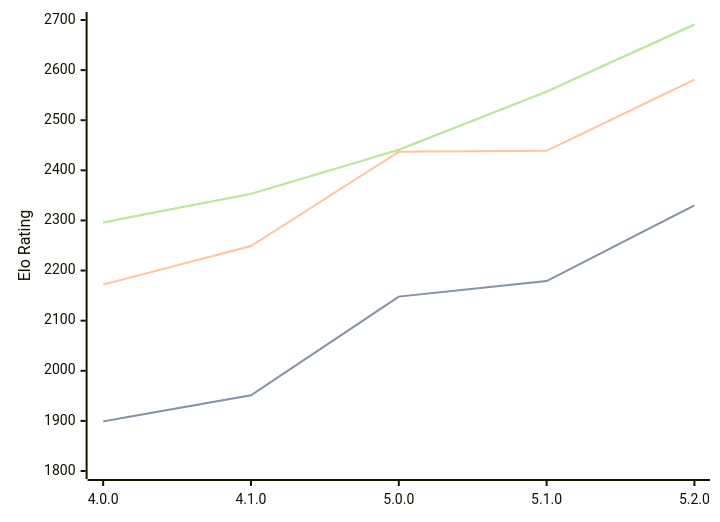
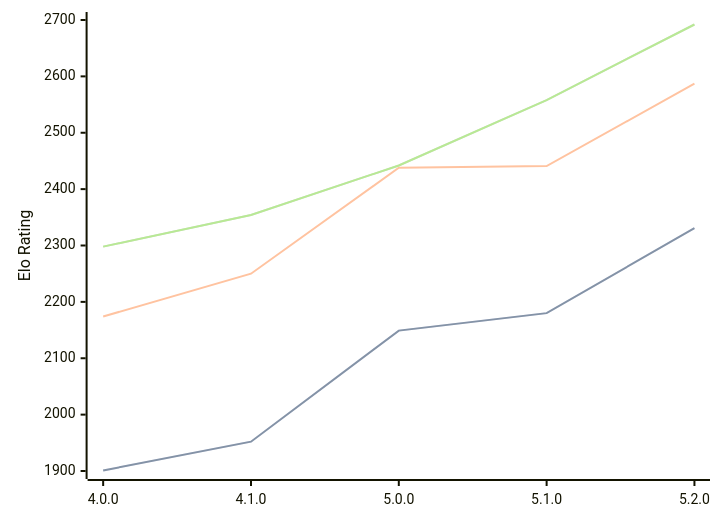
One commit to computer-chess-index/cci changed the diagram in engines/Aconcagua.md. Above: the diagram before and after it, drawn with Mermaid. The commit also changed other lines of this file, not shown here.

Commit message:
Update CCI Ratings (ELO VLTC) - 2026-08-09

````diff
--- a/engines/Aconcagua.md
+++ b/engines/Aconcagua.md
@@ -35,11 +35,11 @@
 ```mermaid
 %%{init: {"theme":"base","themeVariables":{"seriesColors:['#a3a3a3','#222221','#faa371']}}}%%
 xychart-beta
   x-axis ["4.0.0", "4.1.0", "5.0.0", "5.1.0", "5.2.0"]
-  y-axis "Elo Rating" 1800 --> 2700
-  line "STC (8.0+0.08s)" [1899, 1951, 2148, 2179, 2330]
-  line "STC (8.0+0.08s)" [1899, 1951, 2148, 2179, 2330]
-  line "LTC (60.0+0.60s)" [2172, 2249, 2437, 2439, 2581]
-  line "VLTC (2m24s+1.12s)" [2296, 2353, 2441, 2557, 2691]
-  line "VLTC (2m24s+1.12s)" [2296, 2353, 2441, 2557, 2691]
+  y-axis "Elo Rating" 1900 --> 2700
+  line "STC (8.0+0.08s)" [1901, 1952, 2149, 2180, 2331]
+  line "STC (8.0+0.08s)" [1901, 1952, 2149, 2180, 2331]
+  line "LTC (60.0+0.60s)" [2174, 2250, 2438, 2441, 2587]
+  line "VLTC (2m24s+1.12s)" [2298, 2354, 2442, 2558, 2692]
+  line "VLTC (2m24s+1.12s)" [2298, 2354, 2442, 2558, 2692]
 ```
````
